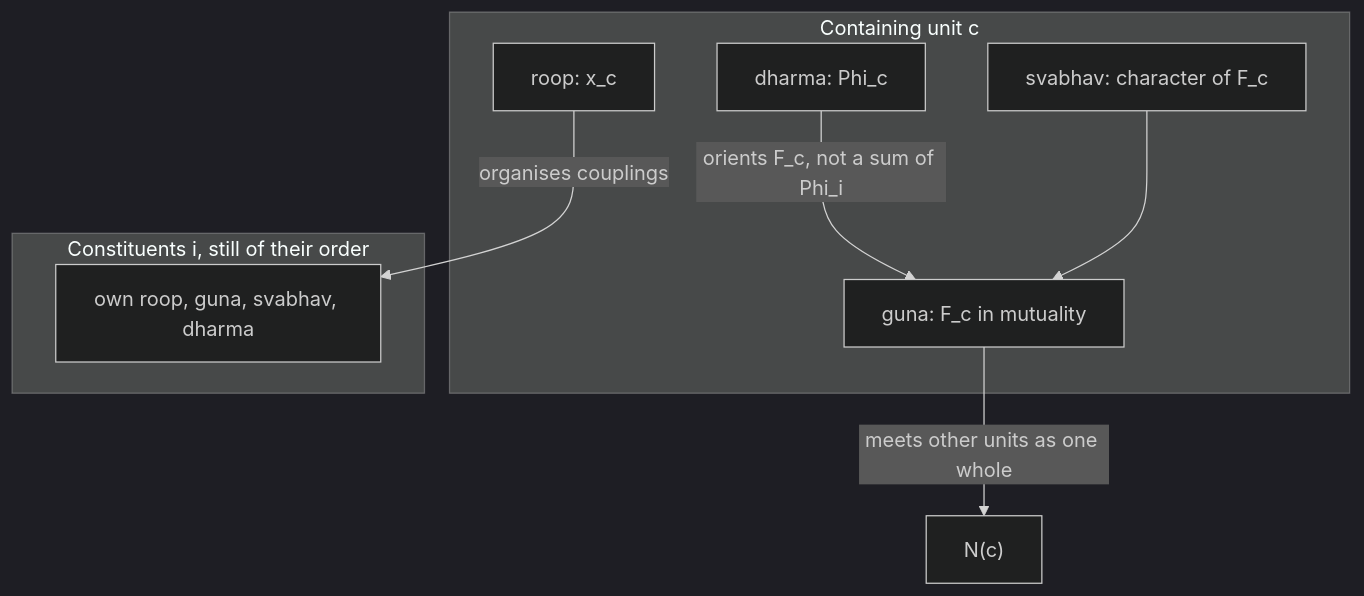
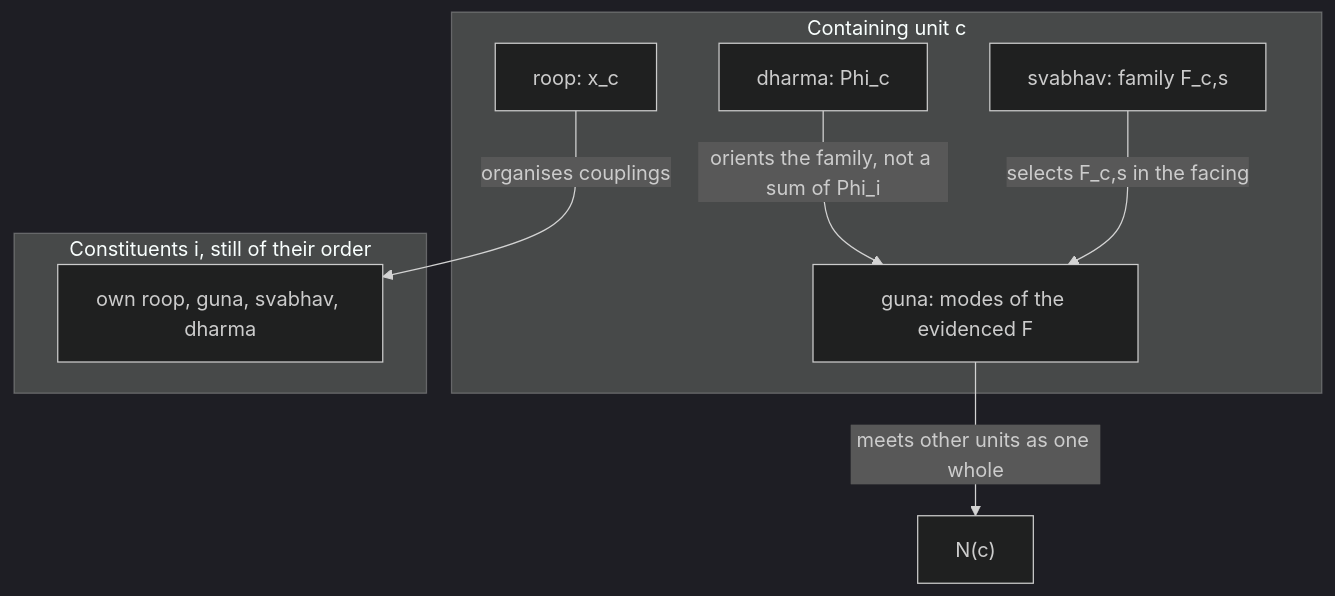
Before and after one commit to raghavamohan/AnalyticMadhyasthDarshan: the fourth of 4 diagrams in Studies/A-State-Dynamic-Model-Of-Coexistence/A-State-Dynamic-Model-Of-Coexistence.md, drawn with Mermaid (dark theme). The commit also changed other lines of this file and 12 other files, not shown here.

````diff
--- a/Studies/A-State-Dynamic-Model-Of-Coexistence/A-State-Dynamic-Model-Of-Coexistence.md
+++ b/Studies/A-State-Dynamic-Model-Of-Coexistence/A-State-Dynamic-Model-Of-Coexistence.md
@@ -262,16 +263,16 @@
 ```mermaid
 flowchart TB
     subgraph container["Containing unit c"]
       RC["roop: x_c"]
-      GC["guna: F_c in mutuality"]
-      SC["svabhav: character of F_c"]
+      GC["guna: modes of the evidenced F"]
+      SC["svabhav: family F_c,s"]
       DC["dharma: Phi_c"]
     end
     subgraph parts["Constituents i, still of their order"]
       RI["own roop, guna, svabhav, dharma"]
     end
     RC -->|"organises couplings"| RI
-    DC -->|"orients F_c, not a sum of Phi_i"| GC
-    SC --> GC
+    DC -->|"orients the family, not a sum of Phi_i"| GC
+    SC -->|"selects F_c,s in the facing"| GC
     GC -->|"meets other units as one whole"| OUT["N(c)"]
 ```
````
